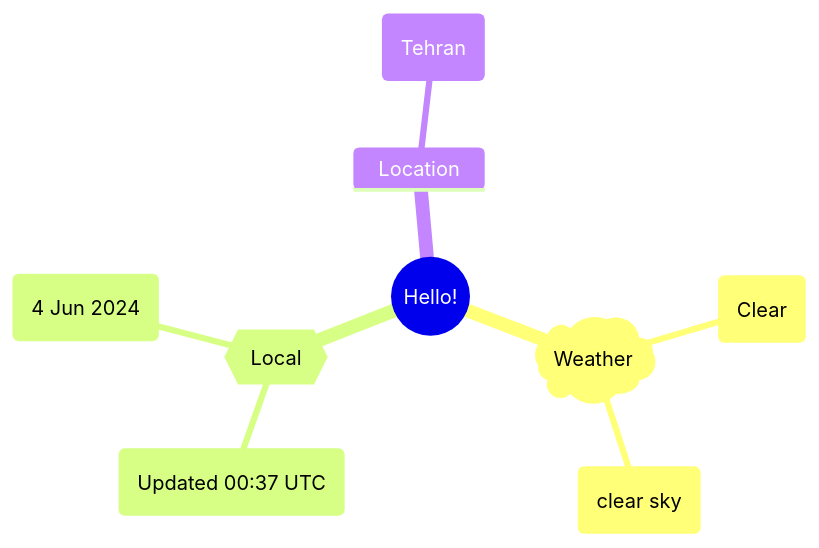
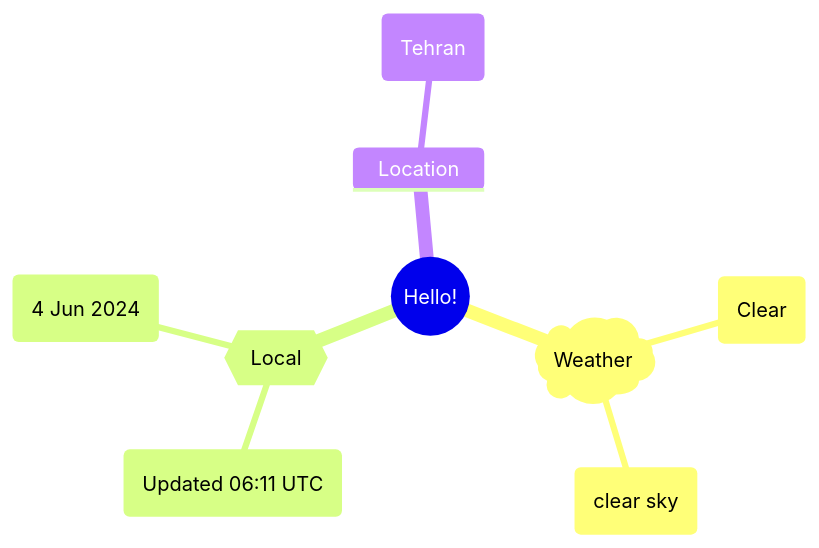
The first of 2 diagrams in README.md (Xosrov/Xosrov), drawn with Mermaid before and after one commit.

Commit message:
[bot] updated images

````diff
--- a/README.md
+++ b/README.md
@@ -3,12 +3,12 @@
 ```mermaid
 mindmap
   root((Hello!))
     )Weather(
         (Clear)
         (clear sky)
     {{Local}}
-        (Updated 00:37 UTC)
+        (Updated 06:11 UTC)
         (4 Jun 2024)
     Location
         (Tehran)
 ```
````
